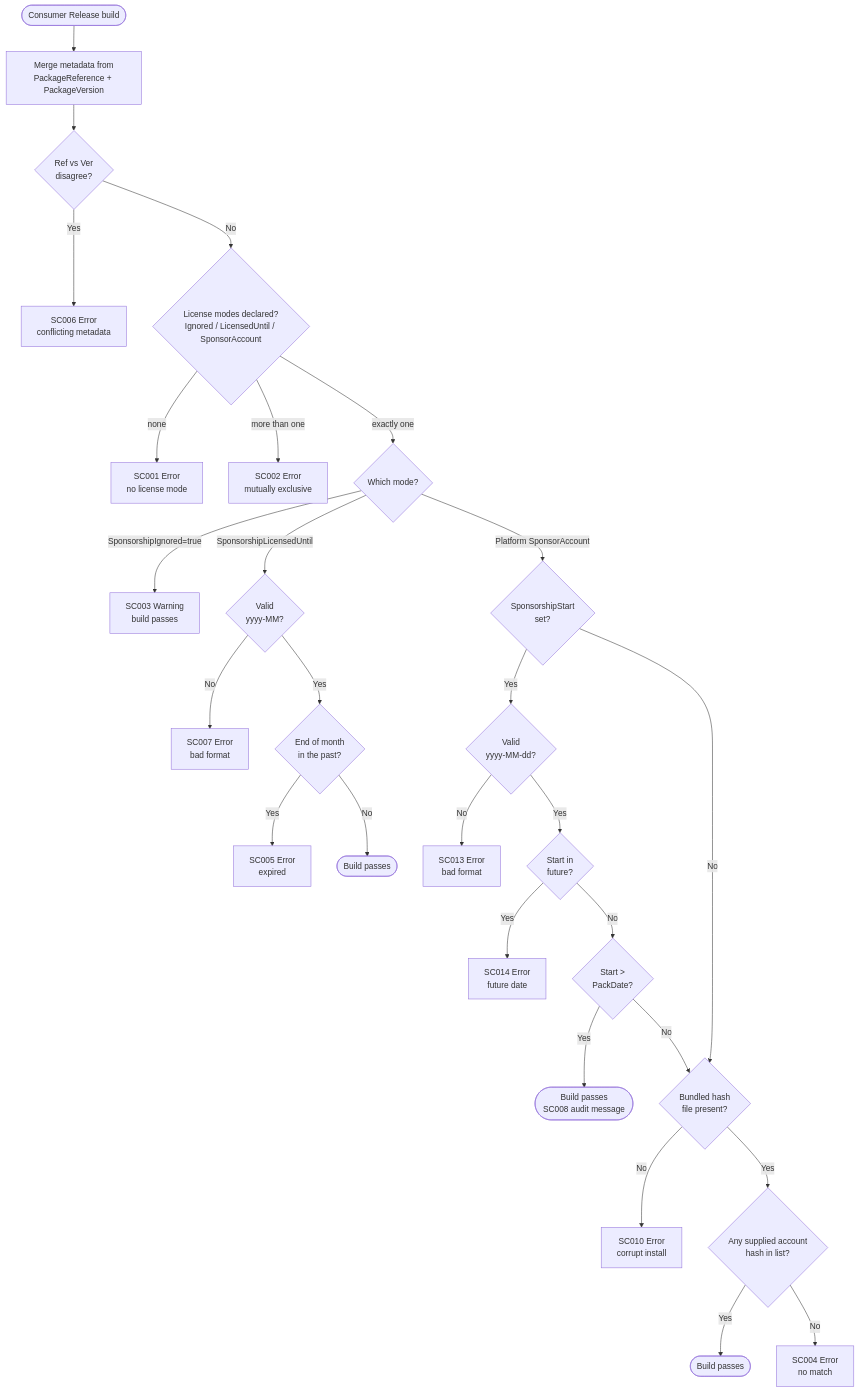
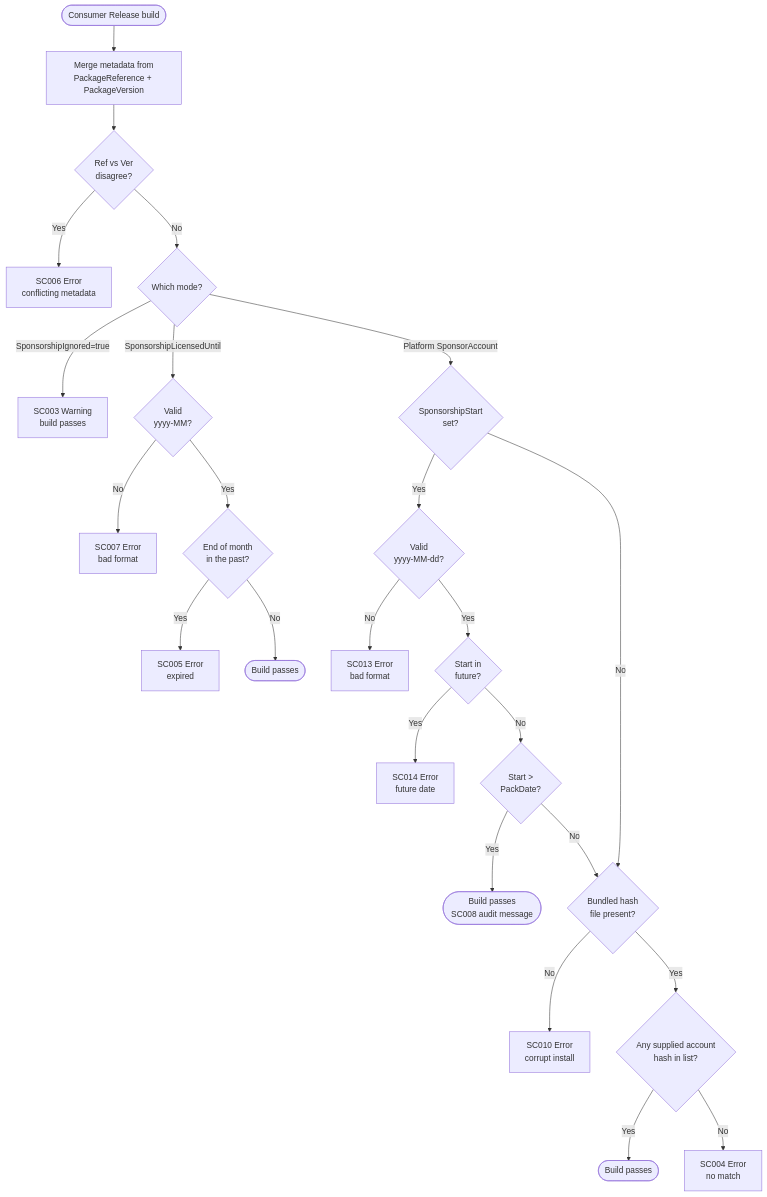
The diagram in readme.md (SimonCropp/SponsorCheck), drawn with Mermaid before and after one commit.

````diff
--- a/readme.md
+++ b/readme.md
@@ -232,34 +232,31 @@
 ```mermaid
 flowchart TD
     Start([Consumer Release build]) --> Merge[Merge metadata from<br/>PackageReference + PackageVersion]
     Merge --> Conflict{Ref vs Ver<br/>disagree?}
     Conflict -->|Yes| SC006[SC006 Error<br/>conflicting metadata]
-    Conflict -->|No| Modes{License modes declared?<br/>Ignored / LicensedUntil / SponsorAccount}
-    Modes -->|none| SC001[SC001 Error<br/>no license mode]
-    Modes -->|more than one| SC002[SC002 Error<br/>mutually exclusive]
-    Modes -->|exactly one| Which{Which mode?}
+    Conflict -->|No| Which{Which mode?}
 
     Which -->|SponsorshipIgnored=true| SC003[SC003 Warning<br/>build passes]
 
     Which -->|SponsorshipLicensedUntil| ParseYM{Valid<br/>yyyy-MM?}
     ParseYM -->|No| SC007[SC007 Error<br/>bad format]
     ParseYM -->|Yes| Expired{End of month<br/>in the past?}
     Expired -->|Yes| SC005[SC005 Error<br/>expired]
     Expired -->|No| PassLicense([Build passes])
 
     Which -->|Platform SponsorAccount| HasStart{SponsorshipStart<br/>set?}
     HasStart -->|Yes| ParseStart{Valid<br/>yyyy-MM-dd?}
     ParseStart -->|No| SC013[SC013 Error<br/>bad format]
     ParseStart -->|Yes| Future{Start in<br/>future?}
     Future -->|Yes| SC014[SC014 Error<br/>future date]
     Future -->|No| AfterPack{Start &gt;<br/>PackDate?}
     AfterPack -->|Yes| PassAttest([Build passes<br/>SC008 audit message])
     AfterPack -->|No| HashFile
     HasStart -->|No| HashFile
 
     HashFile{Bundled hash<br/>file present?}
     HashFile -->|No| SC010[SC010 Error<br/>corrupt install]
     HashFile -->|Yes| Match{Any supplied account<br/>hash in list?}
     Match -->|Yes| PassSponsor([Build passes])
     Match -->|No| SC004[SC004 Error<br/>no match]
 ```
````
